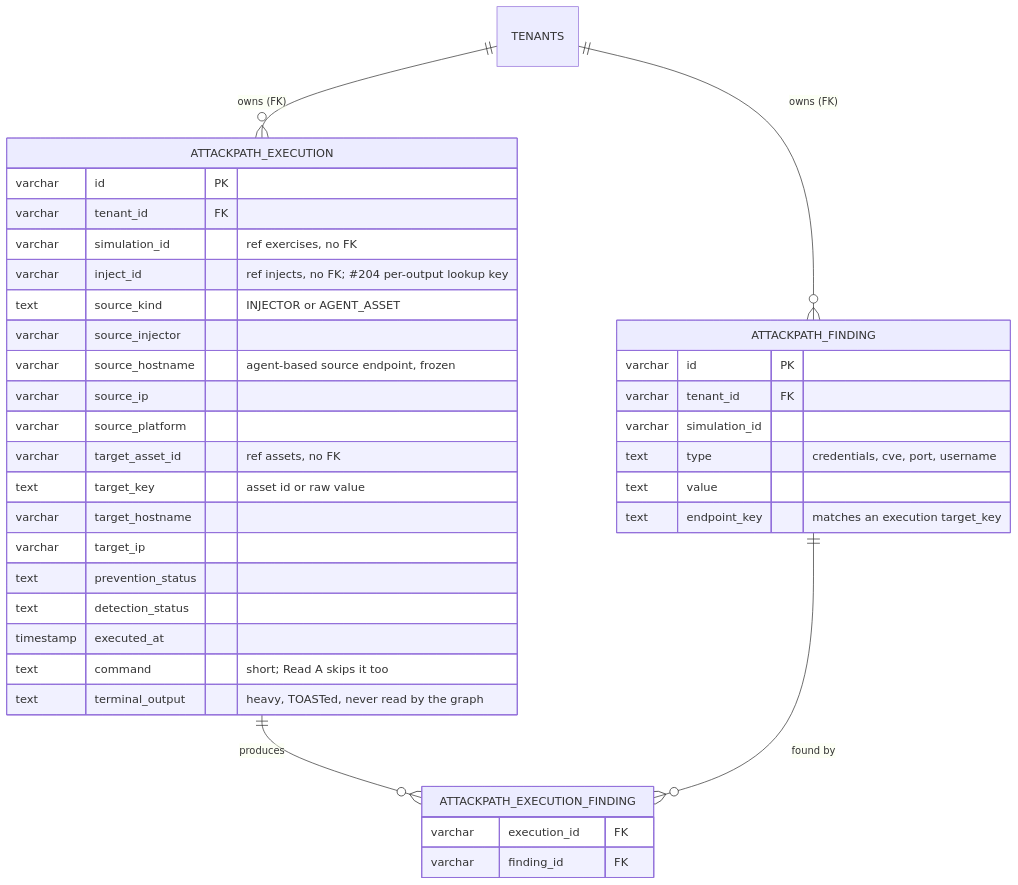
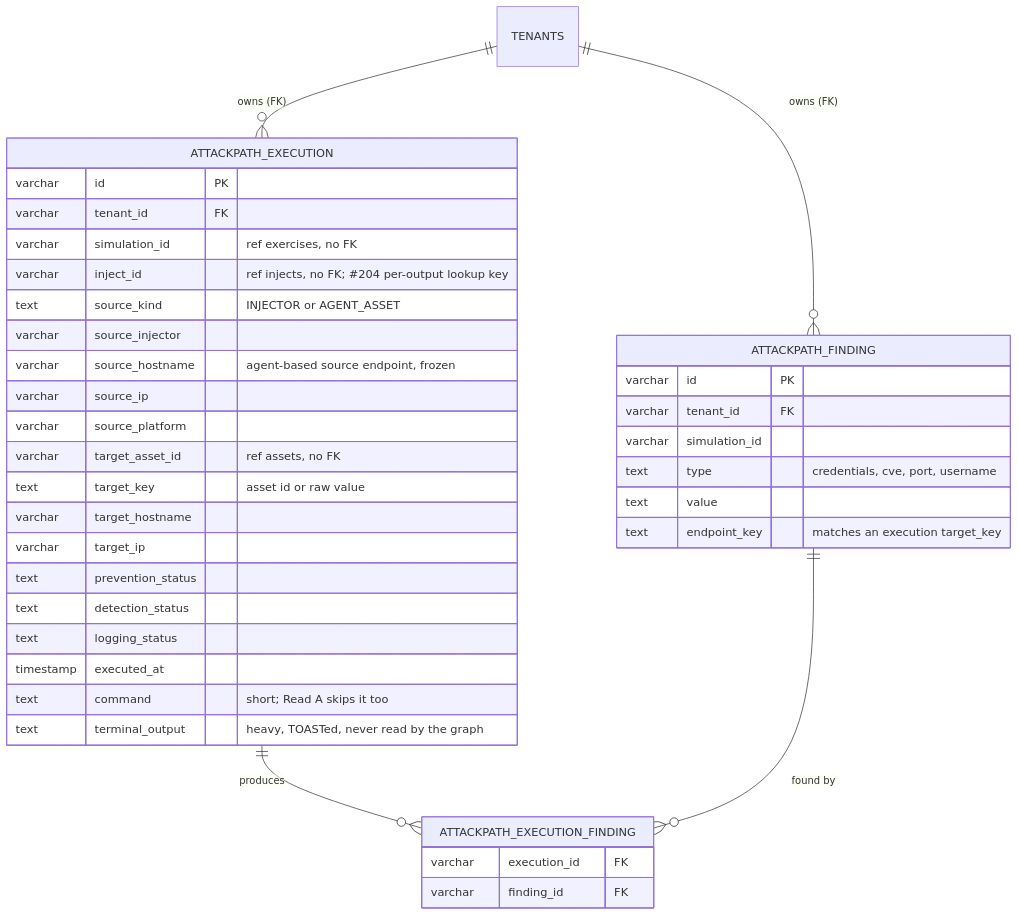
Before and after one commit to OpenAEV-Platform/openaev: the second of 6 diagrams in docs/docs/development/attack-path.md, drawn with Mermaid. The commit also changed other lines of this file and 3 other files, not shown here.

````diff
--- a/docs/docs/development/attack-path.md
+++ b/docs/docs/development/attack-path.md
@@ -46,39 +46,40 @@
 ```mermaid
 erDiagram
     TENANTS ||--o{ ATTACKPATH_EXECUTION : "owns (FK)"
     TENANTS ||--o{ ATTACKPATH_FINDING : "owns (FK)"
     ATTACKPATH_EXECUTION ||--o{ ATTACKPATH_EXECUTION_FINDING : "produces"
     ATTACKPATH_FINDING ||--o{ ATTACKPATH_EXECUTION_FINDING : "found by"
     ATTACKPATH_EXECUTION {
         varchar id PK
         varchar tenant_id FK
         varchar simulation_id "ref exercises, no FK"
         varchar inject_id "ref injects, no FK; #204 per-output lookup key"
         text source_kind "INJECTOR or AGENT_ASSET"
         varchar source_injector
         varchar source_hostname "agent-based source endpoint, frozen"
         varchar source_ip
         varchar source_platform
         varchar target_asset_id "ref assets, no FK"
         text target_key "asset id or raw value"
         varchar target_hostname
         varchar target_ip
         text prevention_status
         text detection_status
+        text logging_status
         timestamp executed_at
         text command "short; Read A skips it too"
         text terminal_output "heavy, TOASTed, never read by the graph"
     }
     ATTACKPATH_FINDING {
         varchar id PK
         varchar tenant_id FK
         varchar simulation_id
         text type "credentials, cve, port, username"
         text value
         text endpoint_key "matches an execution target_key"
     }
     ATTACKPATH_EXECUTION_FINDING {
         varchar execution_id FK
         varchar finding_id FK
     }
 ```
````
